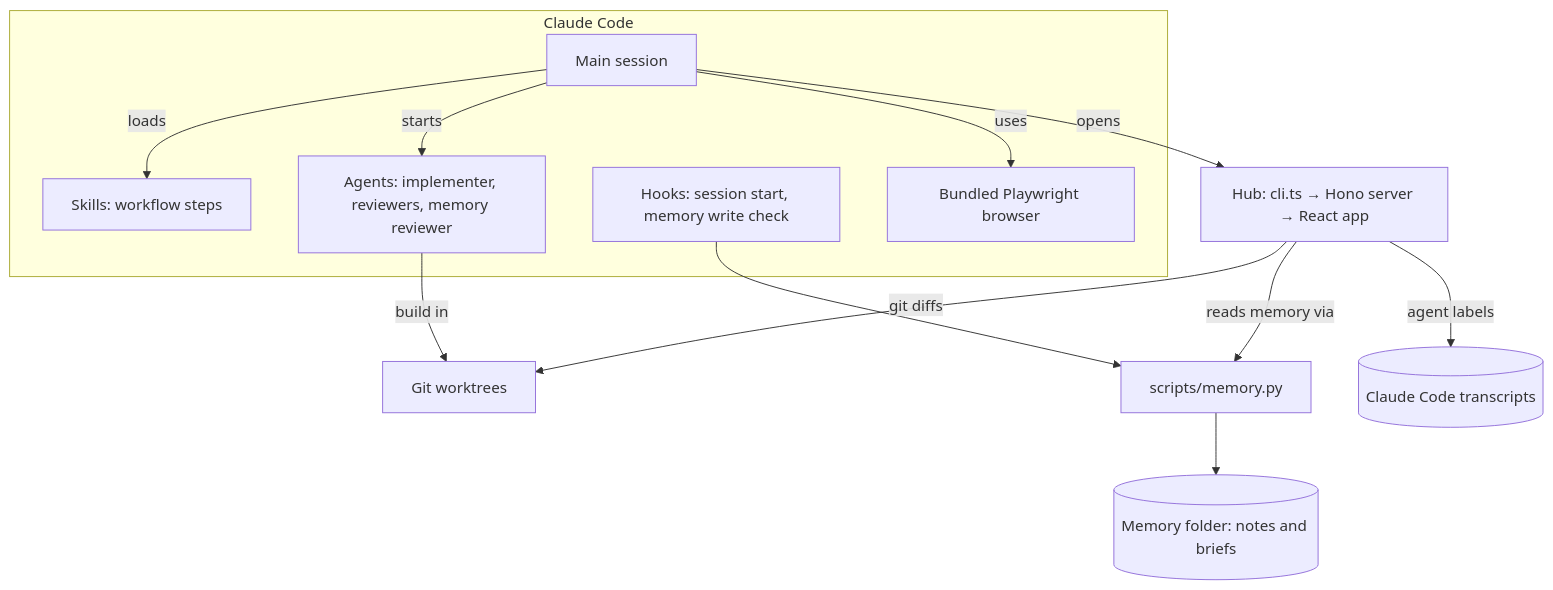
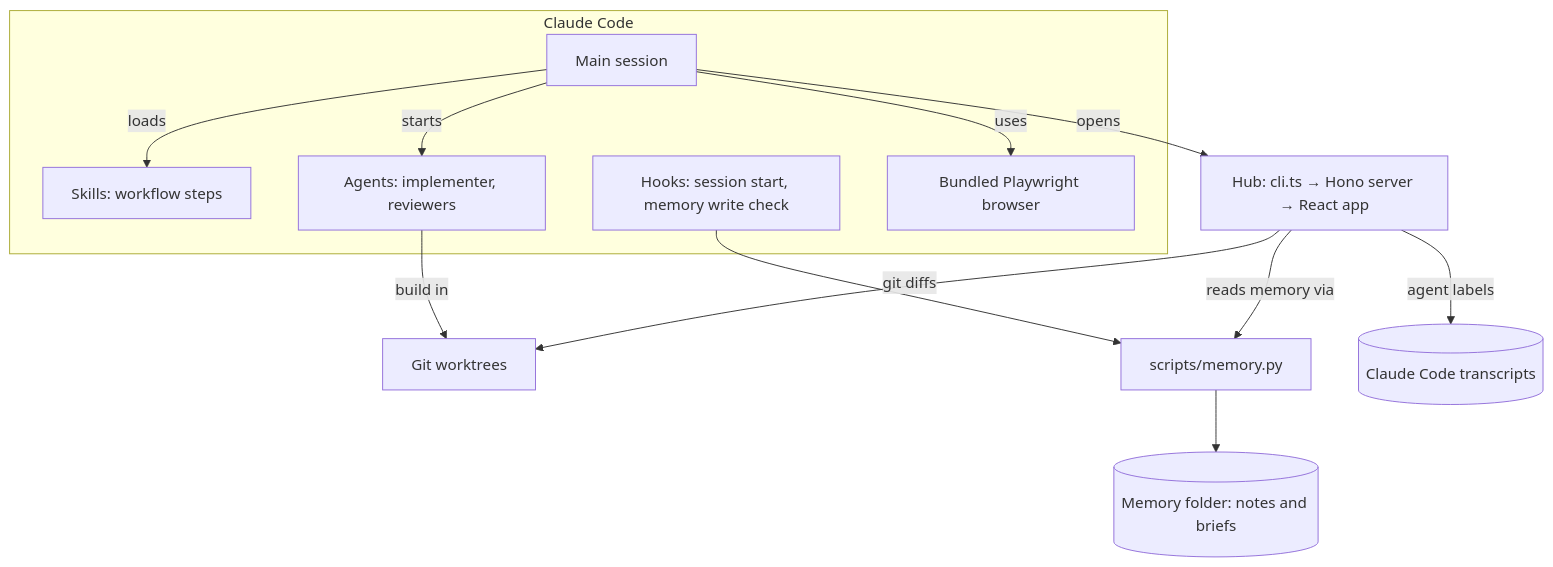
Before and after one commit to sushanpth/talk-first-workflow: the second of 2 diagrams in README.md, drawn with Mermaid. The commit also changed other lines of this file and 3 other files, not shown here.

Commit message:
Save memory under Claude Code's built-in auto-memory rules; drop the save-memory skill and memory reviewer

````diff
--- a/README.md
+++ b/README.md
@@ -44,26 +44,26 @@
 ```mermaid
 flowchart TB
     subgraph CC[Claude Code]
         Main[Main session]
         Skills[Skills: workflow steps]
-        Agents[Agents: implementer, reviewers, memory reviewer]
+        Agents[Agents: implementer, reviewers]
         Hooks[Hooks: session start, memory write check]
         Browser[Bundled Playwright browser]
     end
     Worktrees[Git worktrees]
     MemPy[scripts/memory.py]
     Memory[(Memory folder: notes and briefs)]
     Hub["Hub: cli.ts → Hono server → React app"]
     Transcripts[(Claude Code transcripts)]
 
     Main -- loads --> Skills
     Main -- starts --> Agents
     Main -- uses --> Browser
     Main -- opens --> Hub
     Agents -- build in --> Worktrees
     Hooks --> MemPy
     MemPy --> Memory
     Hub -- reads memory via --> MemPy
     Hub -- git diffs --> Worktrees
     Hub -- agent labels --> Transcripts
 ```
````
